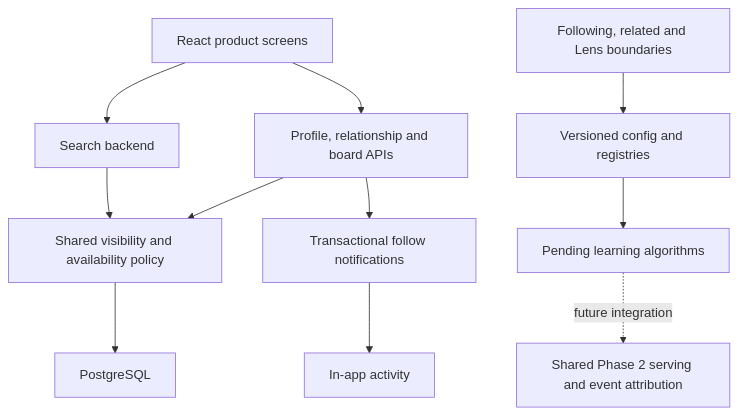
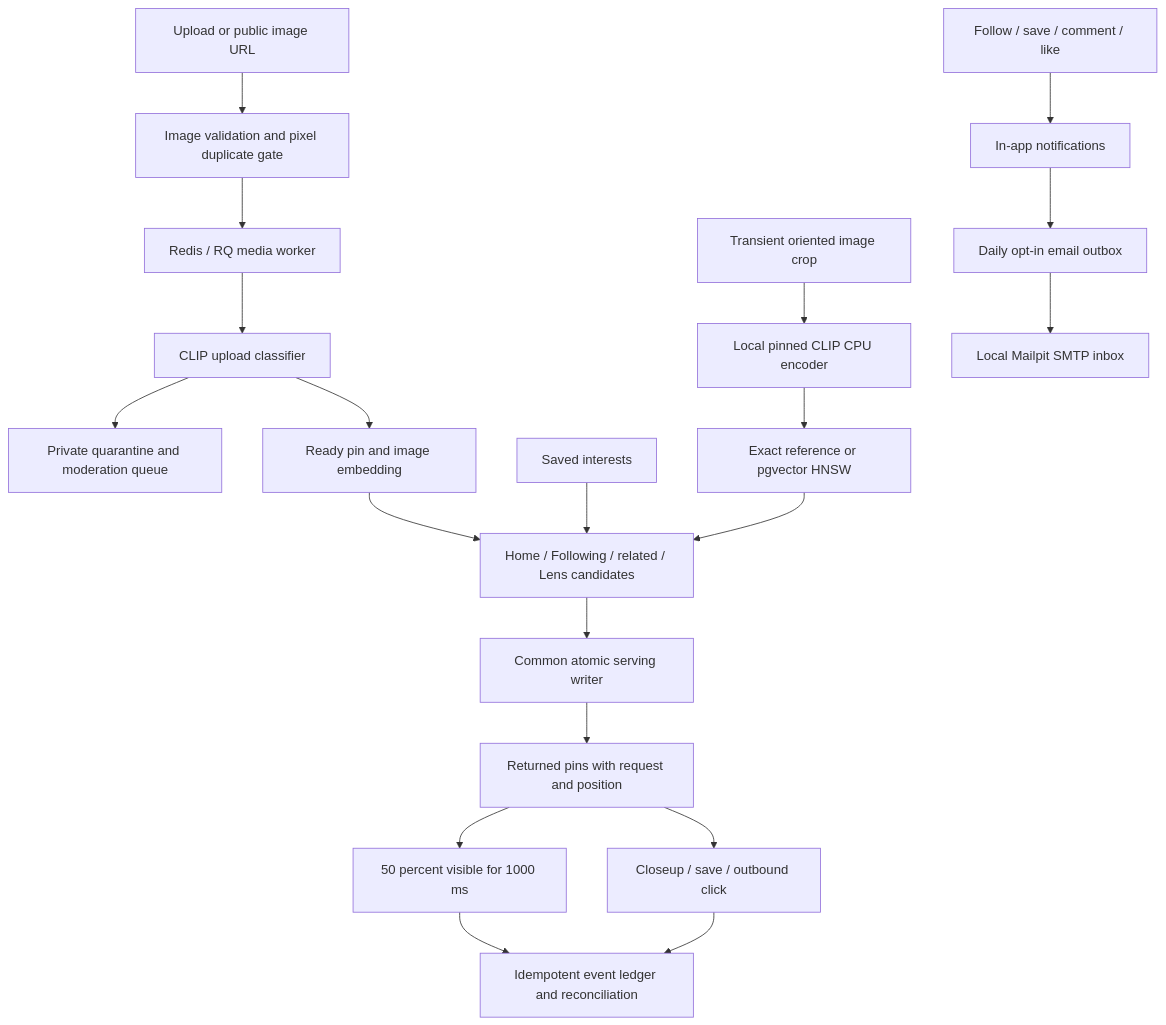
The diagram in docs/PHASE4.md (MehradShm/Pinmorph), drawn with Mermaid before and after one commit. The commit also changed other lines of this file and 77 other files, not shown here.

Commit message:
Complete Phase 4 discovery, engagement and moderation

````diff
--- a/docs/PHASE4.md
+++ b/docs/PHASE4.md
@@ -26,13 +26,22 @@
 ```mermaid
 flowchart TD
-    UI[React product screens] --> Search[Search backend]
-    UI --> Social[Profile, relationship and board APIs]
-    Search --> Policy[Shared visibility and availability policy]
-    Social --> Policy
-    Policy --> DB[PostgreSQL]
-    Social --> Notices[Transactional follow notifications]
-    Notices --> Activity[In-app activity]
-    Boundary[Following, related and Lens boundaries] --> Registry[Versioned config and registries]
-    Registry --> Core[Pending learning algorithms]
-    Core -. future integration .-> Serving[Shared Phase 2 serving and event attribution]
+  Upload[Upload or public image URL] --> Validate[Image validation and pixel duplicate gate]
+  Validate --> Media[Redis / RQ media worker]
+  Media --> Safety[CLIP upload classifier]
+  Safety --> Hold[Private quarantine and moderation queue]
+  Safety --> Ready[Ready pin and image embedding]
+  Ready --> Candidates[Home / Following / related / Lens candidates]
+  Interests[Saved interests] --> Candidates
+  Crop[Transient oriented image crop] --> Encoder[Local pinned CLIP CPU encoder]
+  Encoder --> Retrieval[Exact reference or pgvector HNSW]
+  Retrieval --> Candidates
+  Candidates --> Writer[Common atomic serving writer]
+  Writer --> UI[Returned pins with request and position]
+  UI --> Views[50 percent visible for 1000 ms]
+  UI --> Actions[Closeup / save / outbound click]
+  Views --> Ledger[Idempotent event ledger and reconciliation]
+  Actions --> Ledger
+  Social[Follow / save / comment / like] --> Activity[In-app notifications]
+  Activity --> Outbox[Daily opt-in email outbox]
+  Outbox --> Mailpit[Local Mailpit SMTP inbox]
 ```
````
